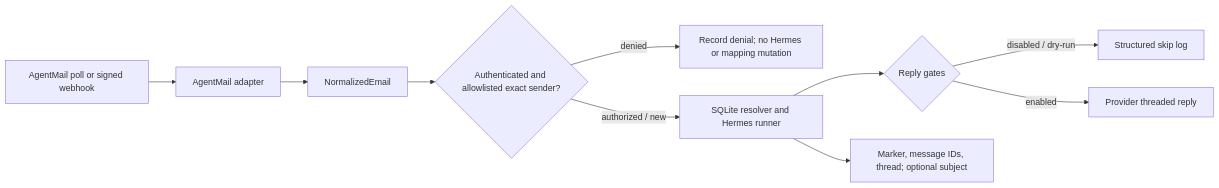
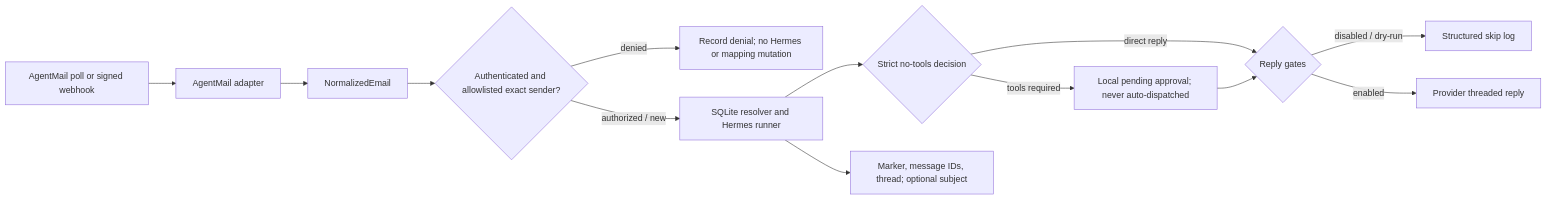
The diagram in README.md (aulbricht/hermes-email-bridge), drawn with Mermaid before and after one commit. The commit also changed other lines of this file and 21 other files, not shown here.

Commit message:
Secure no-tools email approval flow

````diff
--- a/README.md
+++ b/README.md
@@ -236,12 +272,15 @@
 ```mermaid
 flowchart LR
     A["AgentMail poll or signed webhook"] --> B["AgentMail adapter"]
     B --> C["NormalizedEmail"]
     C --> D{"Authenticated and allowlisted exact sender?"}
     D -->|"denied"| J["Record denial; no Hermes or mapping mutation"]
     D -->|"authorized / new"| E["SQLite resolver and Hermes runner"]
-    E --> F{"Reply gates"}
+    E --> K{"Strict no-tools decision"}
+    K -->|"direct reply"| F{"Reply gates"}
+    K -->|"tools required"| L["Local pending approval; never auto-dispatched"]
+    L --> F
     F -->|"disabled / dry-run"| G["Structured skip log"]
     F -->|"enabled"| H["Provider threaded reply"]
     E --> I["Marker, message IDs, thread; optional subject"]
 ```
````
